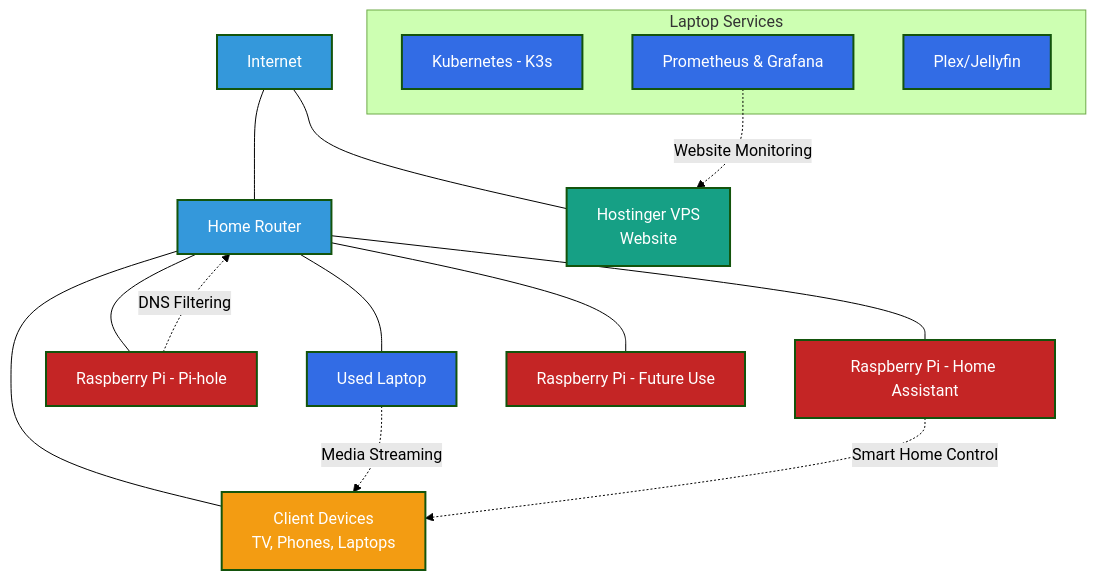
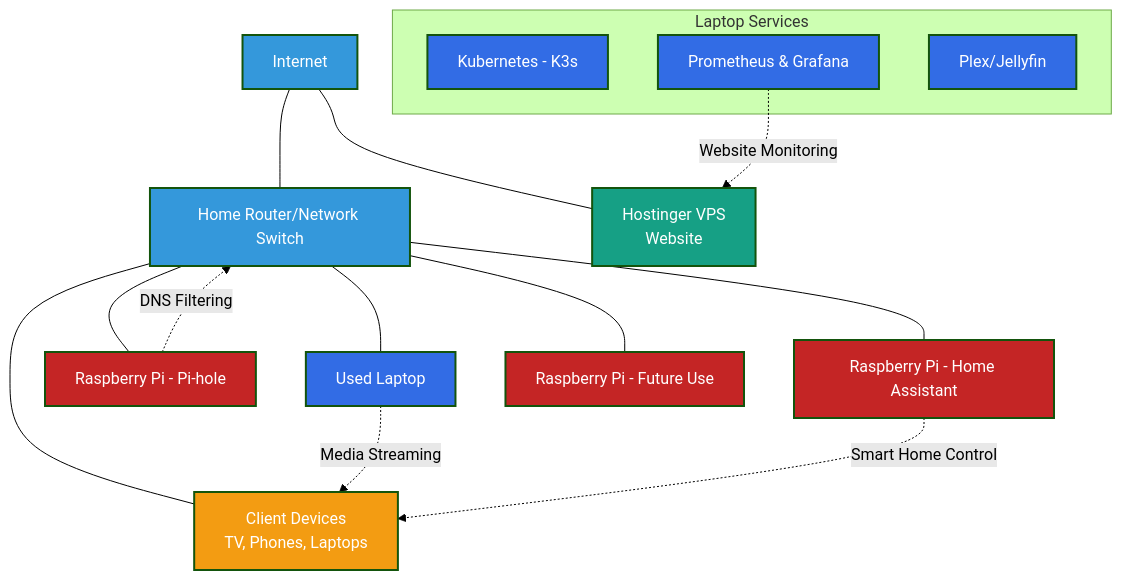
Before and after one commit to isri12/Kubernetes-_based_Home-_Lab: the diagram in README.md, drawn with Mermaid (forest theme).

````diff
--- a/README.md
+++ b/README.md
@@ -16,49 +16,49 @@
 ```mermaid
 graph TB
     %% Main Components
     Internet[Internet]
-    Router[Home Router]
+    Router[Home Router/Network Switch]
     
     Laptop[Used Laptop]
     subgraph "Laptop Services"
         K8s[Kubernetes - K3s]
         Monitoring[Prometheus & Grafana]
         Media[Plex/Jellyfin]
     end
     
     PiHole[Raspberry Pi - Pi-hole]
     HomeAssist[Raspberry Pi - Home Assistant]
     OtherPi[Raspberry Pi - Future Use]
     
     HostingerVPS[Hostinger VPS<br>Website]
     
     Devices[Client Devices<br>TV, Phones, Laptops]
     
     %% Connections
     Internet --- Router
     Router --- Laptop
     Router --- PiHole
     Router --- HomeAssist
     Router --- OtherPi
     Router --- Devices
     Internet --- HostingerVPS
     
     %% Service Data Flows
     PiHole -.DNS Filtering.-> Router
     Laptop -.Media Streaming.-> Devices
     HomeAssist -.Smart Home Control.-> Devices
     Monitoring -.Website Monitoring.-> HostingerVPS
     
     %% Styling
     classDef laptop fill:#326CE5,color:white,stroke-width:2px;
     classDef raspberry fill:#c42525,color:white,stroke-width:2px;
     classDef network fill:#3498db,color:white,stroke-width:2px;
     classDef client fill:#f39c12,color:white,stroke-width:2px;
     classDef vps fill:#16a085,color:white,stroke-width:2px;
     
     class Laptop,K8s,Monitoring,Media laptop;
     class PiHole,HomeAssist,OtherPi raspberry;
     class Internet,Router network;
     class Devices client;
     class HostingerVPS vps;
 ```
````
